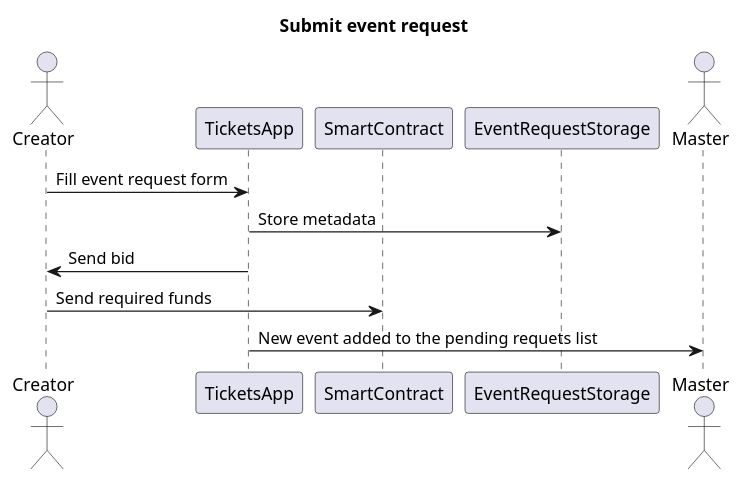
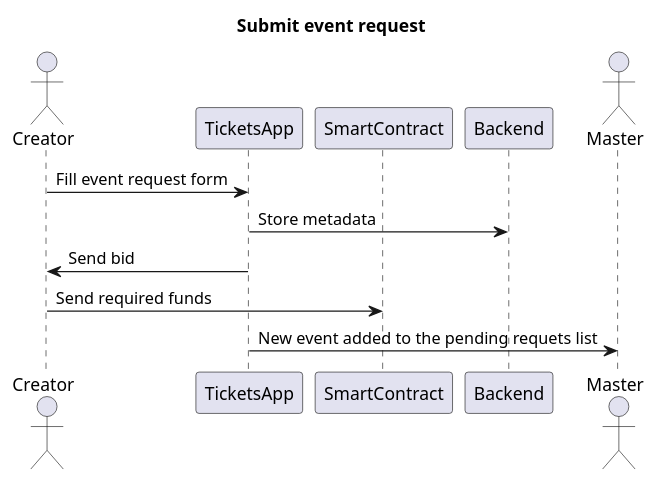
One commit to ai-shift/cyber-valley-tickets changed the sixth of 25 diagrams in README.org. Above: the diagram before and after it, drawn with PlantUML. The commit also changed other lines of this file and 9 other files, not shown here.

```diff
--- a/README.org
+++ b/README.org
@@ -178,15 +179,15 @@
 #+begin_src plantuml :file ./img/submit-event-request.png
 title Submit event request
 
 actor Creator
 participant TicketsApp
 participant SmartContract
-participant EventRequestStorage
+participant Backend
 actor Master
 
 Creator -> TicketsApp: Fill event request form
-TicketsApp -> EventRequestStorage: Store metadata
+TicketsApp -> Backend: Store metadata
 TicketsApp -> Creator: Send bid
 Creator -> SmartContract: Send required funds
 TicketsApp -> Master: New event added to the pending requets list
 #+end_src
```
